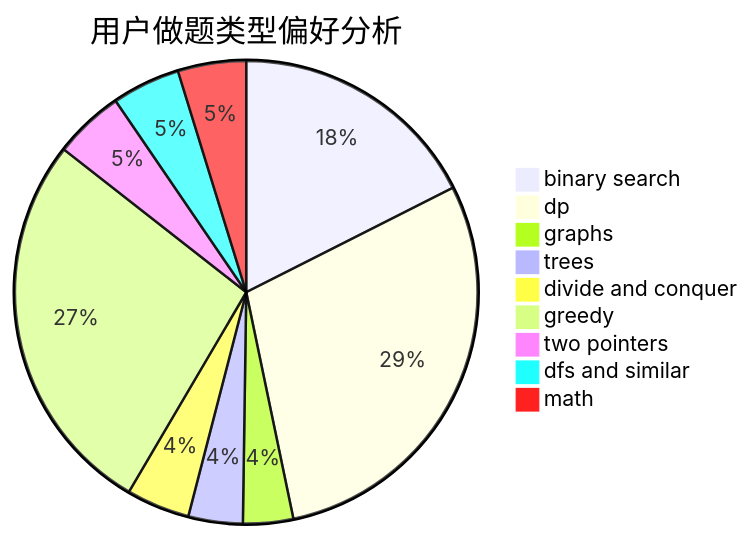
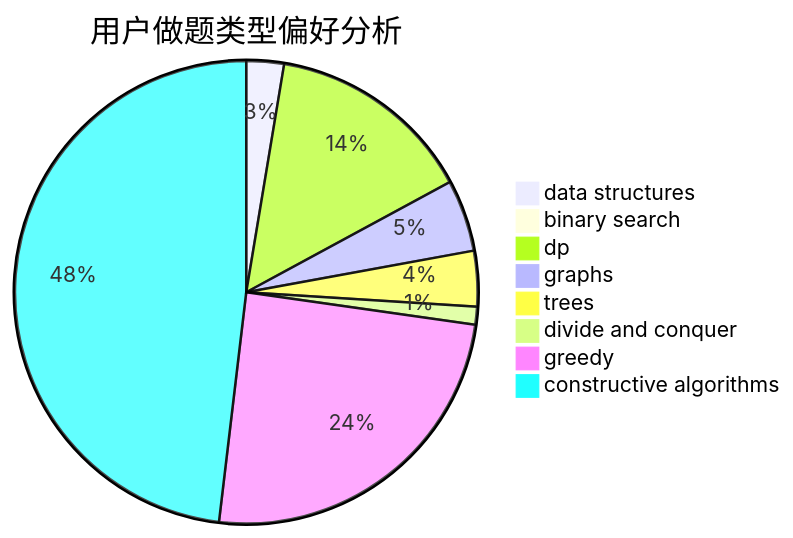
The second of 3 diagrams in docs/user/u655.md (sherpahu/cfrs.github.io), drawn with Mermaid before and after one commit. The commit also changed other lines of this file and 2775 other files, not shown here.

````diff
--- a/docs/user/u655.md
+++ b/docs/user/u655.md
@@ -23,12 +23,11 @@
 ```mermaid
 pie title 用户做题类型偏好分析
-    "binary search" :  416
-    "dp" :  692
-    "graphs" :  83
-    "trees" :  90
-    "divide and conquer" :  105
-    "greedy" :  643
-    "two pointers" :  116
-    "dfs and similar" :  113
-    "math" :  113
+    "data structures" :  23
+    "binary search" :  8
+    "dp" :  127
+    "graphs" :  44
+    "trees" :  34
+    "divide and conquer" :  11
+    "greedy" :  216
+    "constructive algorithms" :  422
 ```
````
